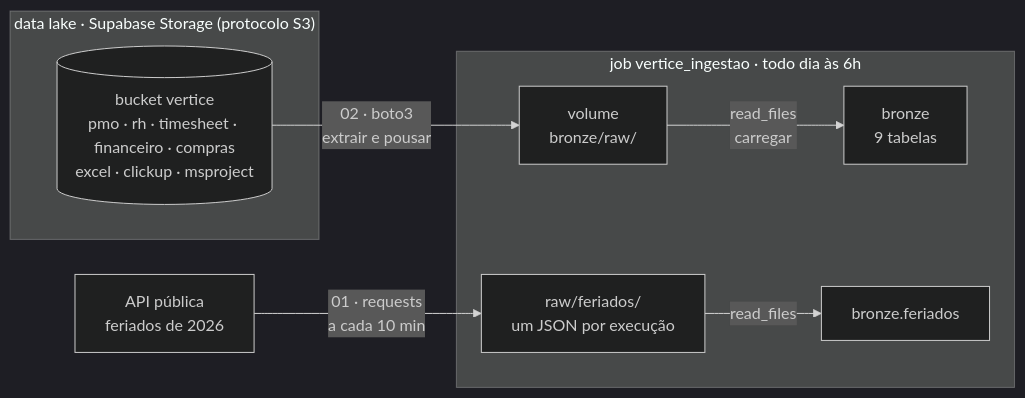
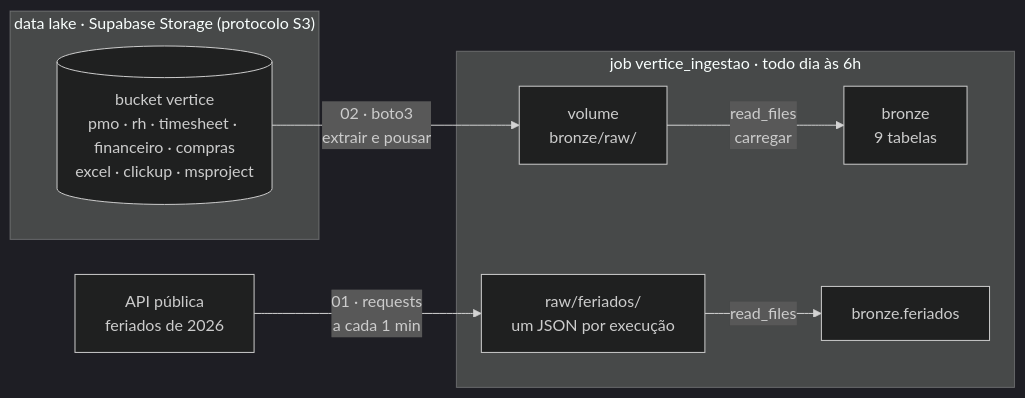
Before and after one commit to AugustoKoche-AI/ImersaoControlTower: the first of 2 diagrams in aulas/aula-02-python-engenheiro/README.md, drawn with Mermaid (dark theme). The commit also changed other lines of this file and 6 other files, not shown here.

````diff
--- a/aulas/aula-02-python-engenheiro/README.md
+++ b/aulas/aula-02-python-engenheiro/README.md
@@ -20,16 +20,16 @@
 ```mermaid
 flowchart LR
   subgraph LAKE["data lake · Supabase Storage (protocolo S3)"]
     B[("bucket vertice<br/>pmo · rh · timesheet · financeiro · compras<br/>excel · clickup · msproject")]
   end
   API["API pública<br/>feriados de 2026"]
   B -- "02 · boto3<br/>extrair e pousar" --> RAW["volume<br/>bronze/raw/"]
   RAW -- "read_files<br/>carregar" --> BR["bronze<br/>9 tabelas"]
-  API -- "01 · requests<br/>a cada 10 min" --> RAWF["raw/feriados/<br/>um JSON por execução"] -- "read_files" --> BF["bronze.feriados"]
+  API -- "01 · requests<br/>a cada 1 min" --> RAWF["raw/feriados/<br/>um JSON por execução"] -- "read_files" --> BF["bronze.feriados"]
   subgraph JOB["job vertice_ingestao · todo dia às 6h"]
     RAW
     BR
     RAWF
     BF
   end
 ```
````
